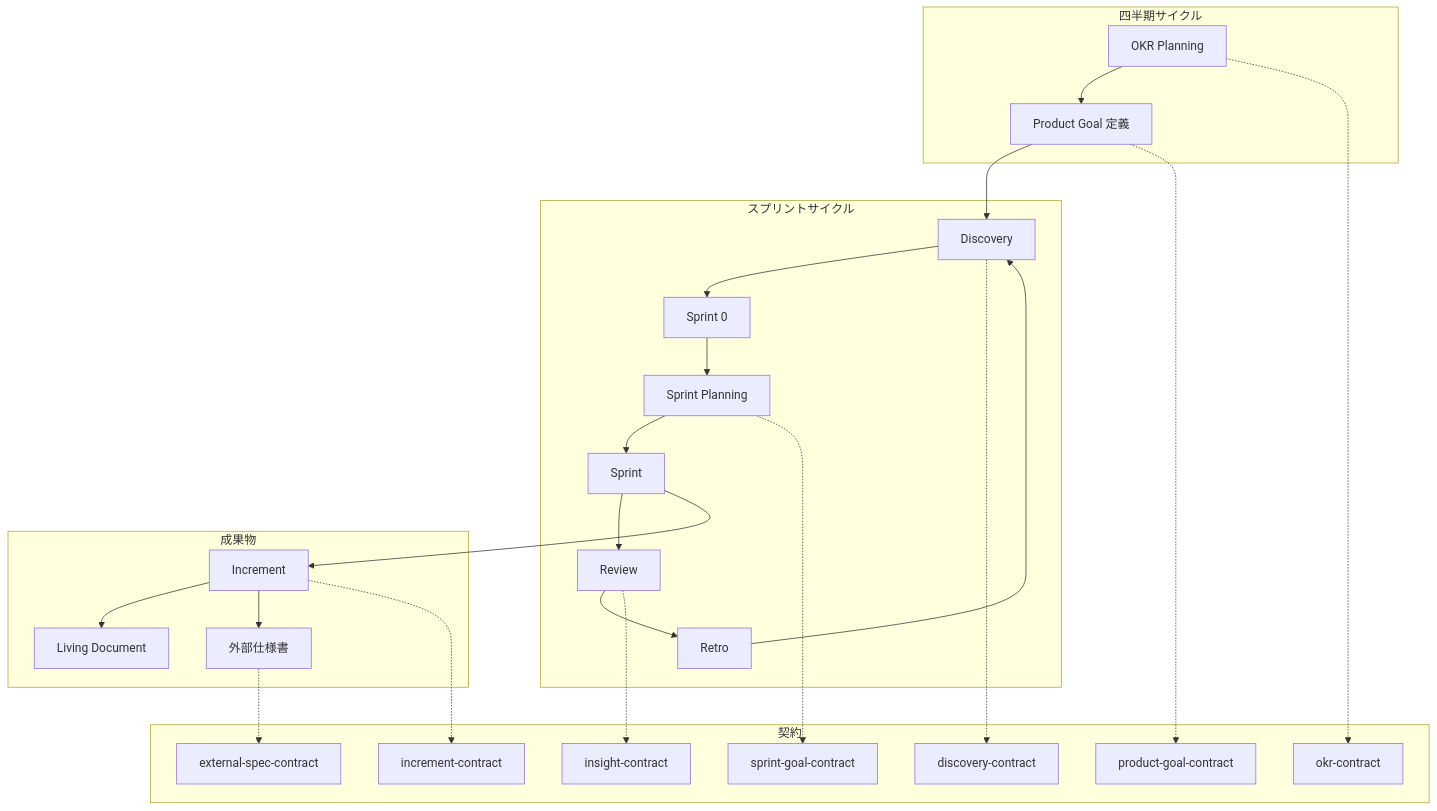
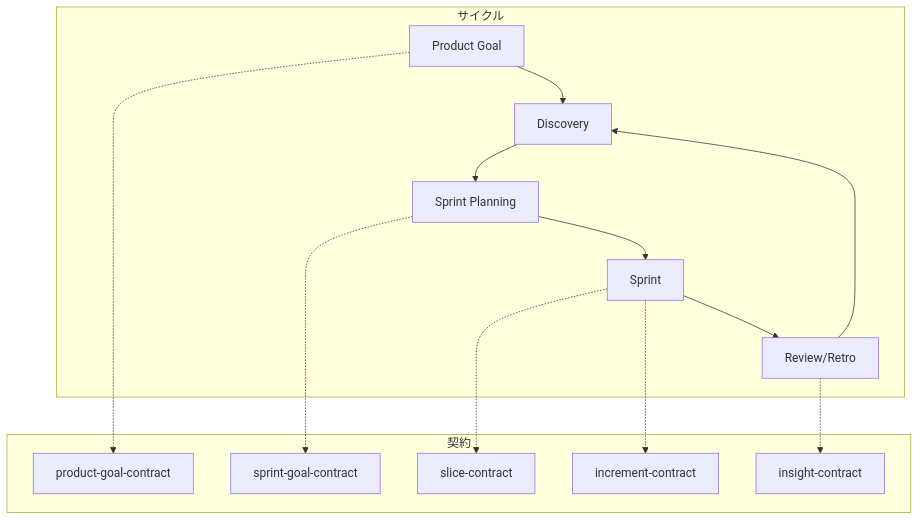
One commit to kocchi/agent-harness changed the first of 2 diagrams in docs/VISION.md. Above: the diagram before and after it, drawn with Mermaid. The commit also changed other lines of this file and 33 other files, not shown here.

````diff
--- a/docs/VISION.md
+++ b/docs/VISION.md
@@ -100,32 +61,18 @@
 ```mermaid
 flowchart TB
-    subgraph 四半期サイクル
-        OKR[OKR Planning] --> PG[Product Goal 定義]
-    end
-    
-    subgraph スプリントサイクル
-        PG --> D[Discovery]
-        D --> S0[Sprint 0]
-        S0 --> SP[Sprint Planning]
+    subgraph サイクル
+        PG[Product Goal] --> D[Discovery]
+        D --> SP[Sprint Planning]
         SP --> S[Sprint]
-        S --> R[Review]
-        R --> RT[Retro]
-        RT --> D
-    end
-    
-    subgraph 成果物
-        S --> I[Increment]
-        I --> LD[Living Document]
-        I --> ES[外部仕様書]
+        S --> R[Review/Retro]
+        R --> D
     end
     
     subgraph 契約
-        OKR -.-> OC[okr-contract]
         PG -.-> PGC[product-goal-contract]
-        D -.-> DC[discovery-contract]
         SP -.-> SGC[sprint-goal-contract]
-        I -.-> IC[increment-contract]
+        S -.-> SLC[slice-contract]
+        S -.-> IC[increment-contract]
         R -.-> INS[insight-contract]
-        ES -.-> ESC[external-spec-contract]
     end
 ```
````
